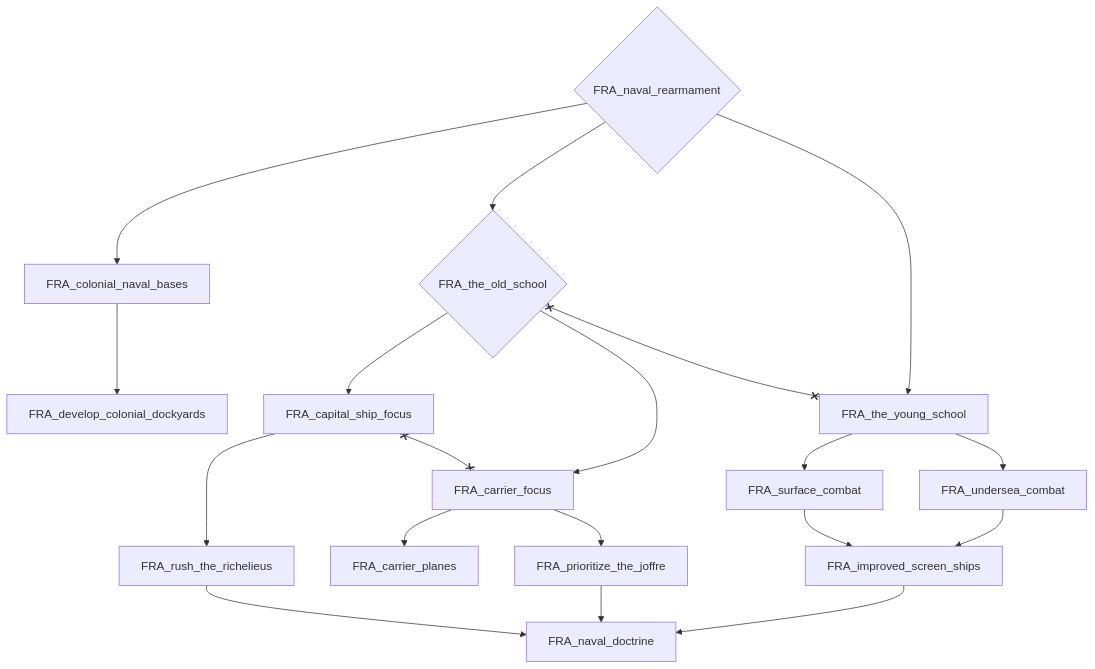
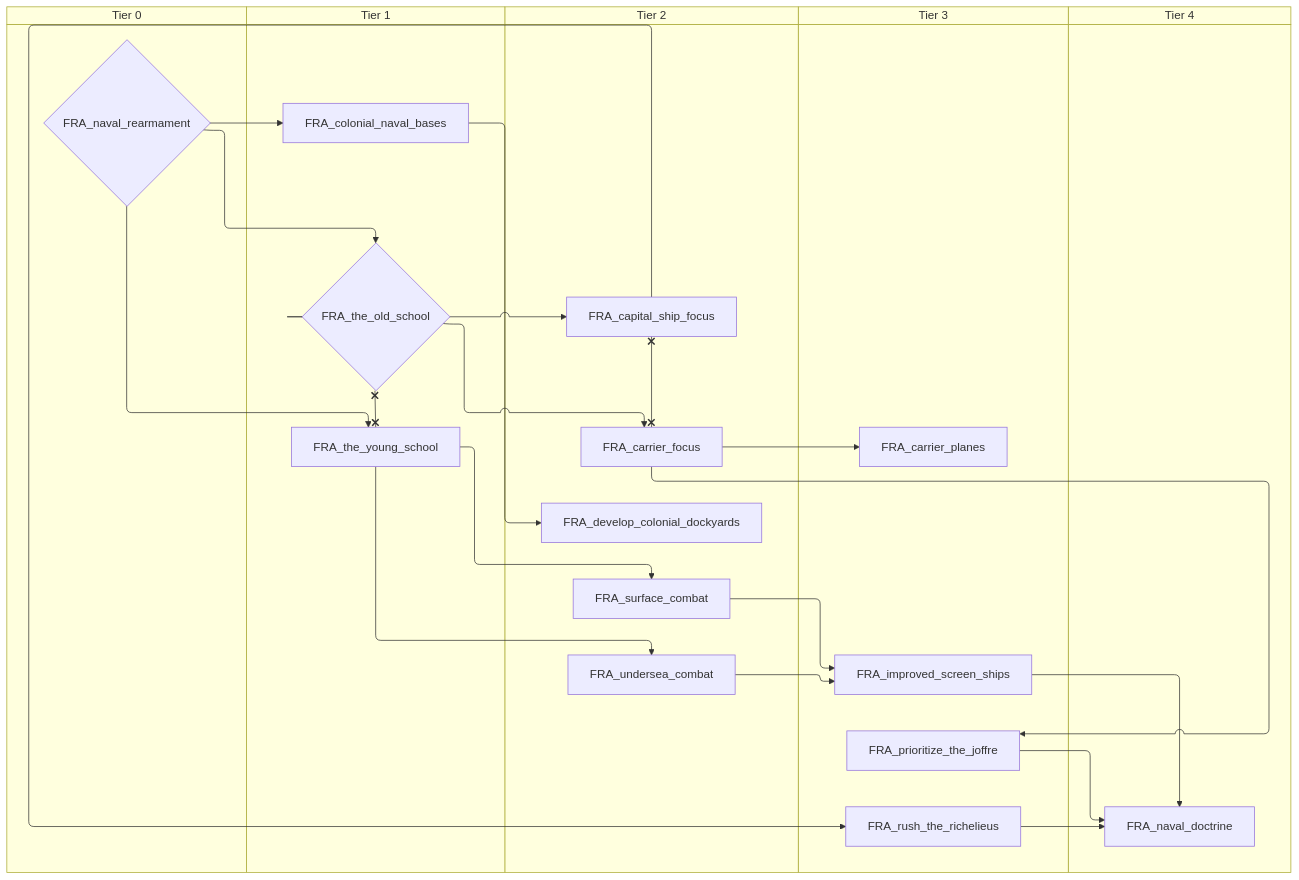
Before and after one commit to evgeny-sobol/hoi4-sandbox-mode: the fifth of 6 diagrams in docs/gdd/National Focuses/france.md, drawn with Mermaid. The commit also changed other lines of this file and 80 other files, not shown here.

First line of the commit message:
Add swimlane mode to focus graph exporter

````diff
--- a/docs/gdd/National Focuses/france.md
+++ b/docs/gdd/National Focuses/france.md
@@ -281,35 +335,45 @@
 ```mermaid
-flowchart TD
-    n114["FRA_capital_ship_focus"]
-    n115["FRA_carrier_focus"]
-    n116["FRA_carrier_planes"]
-    n117["FRA_colonial_naval_bases"]
-    n118["FRA_develop_colonial_dockyards"]
-    n119["FRA_improved_screen_ships"]
-    n120["FRA_naval_doctrine"]
-    n121{"FRA_naval_rearmament"}
-    n122["FRA_prioritize_the_joffre"]
-    n123["FRA_rush_the_richelieus"]
-    n124["FRA_surface_combat"]
-    n125{"FRA_the_old_school"}
-    n126["FRA_the_young_school"]
-    n127["FRA_undersea_combat"]
-    n125 --> n114
-    n125 --> n115
-    n115 --> n116
-    n121 --> n117
-    n117 --> n118
-    n124 --> n119
-    n127 --> n119
-    n122 --> n120
-    n123 --> n120
-    n119 --> n120
-    n115 --> n122
-    n114 --> n123
-    n126 --> n124
-    n121 --> n125
-    n121 --> n126
+swimlane-beta TD
+    subgraph tier_0["Tier 0"]
+        n114{"FRA_naval_rearmament"}
+    end
+    subgraph tier_1["Tier 1"]
+        n115["FRA_colonial_naval_bases"]
+        n116{"FRA_the_old_school"}
+        n117["FRA_the_young_school"]
+    end
+    subgraph tier_2["Tier 2"]
+        n118["FRA_capital_ship_focus"]
+        n119["FRA_carrier_focus"]
+        n120["FRA_develop_colonial_dockyards"]
+        n121["FRA_surface_combat"]
+        n122["FRA_undersea_combat"]
+    end
+    subgraph tier_3["Tier 3"]
+        n123["FRA_carrier_planes"]
+        n124["FRA_improved_screen_ships"]
+        n125["FRA_prioritize_the_joffre"]
+        n126["FRA_rush_the_richelieus"]
+    end
+    subgraph tier_4["Tier 4"]
+        n127["FRA_naval_doctrine"]
+    end
+    n116 --> n118
+    n116 --> n119
+    n119 --> n123
+    n114 --> n115
+    n115 --> n120
+    n121 --> n124
+    n122 --> n124
+    n125 --> n127
     n126 --> n127
-    n114 x--x n115
-    n125 x--x n126
+    n124 --> n127
+    n119 --> n125
+    n118 --> n126
+    n117 --> n121
+    n114 --> n116
+    n114 --> n117
+    n117 --> n122
+    n118 x--x n119
+    n116 x--x n117
 ```
````
